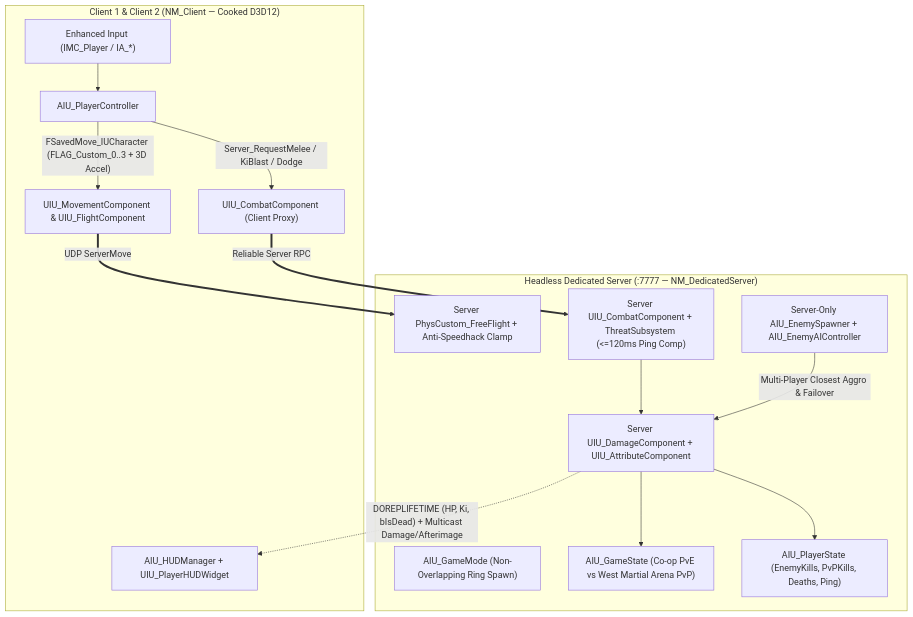
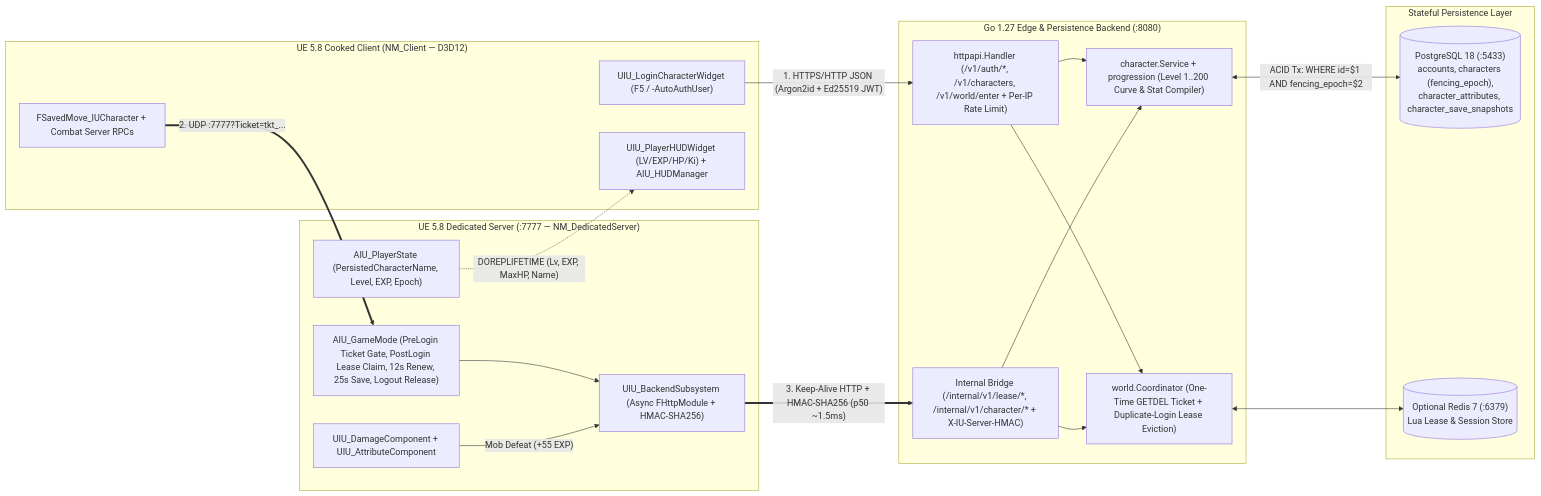
One commit to tranthaigiabao1708/MMORPGNRO changed the diagram in InfiniteUniverse/Documentation/Architecture.md. Above: the diagram before and after it, drawn with Mermaid. The commit also changed other lines of this file and 152 other files, not shown here.

Commit message:
feat(step3): Go Auth/Lease-Fenced Persistence, UE5 Backend Bridge & Level/EXP Progression (70/70 PASS)

````diff
--- a/InfiniteUniverse/Documentation/Architecture.md
+++ b/InfiniteUniverse/Documentation/Architecture.md
@@ -9,27 +12,38 @@
 ```mermaid
-flowchart TD
-    subgraph ClientA["Client 1 & Client 2 (NM_Client — Cooked D3D12)"]
-        Input["Enhanced Input (IMC_Player / IA_*)"] --> PC["AIU_PlayerController"]
-        PC -->|"FSavedMove_IUCharacter (FLAG_Custom_0..3 + 3D Accel)"| MovePred["UIU_MovementComponent & UIU_FlightComponent"]
-        PC -->|"Server_RequestMelee / KiBlast / Dodge"| CombatRPC["UIU_CombatComponent (Client Proxy)"]
-        HUD["AIU_HUDManager + UIU_PlayerHUDWidget"]
+flowchart LR
+    subgraph Client["UE 5.8 Cooked Client (NM_Client — D3D12)"]
+        AuthUI["UIU_LoginCharacterWidget (F5 / -AutoAuthUser)"]
+        GameHUD["UIU_PlayerHUDWidget (LV/EXP/HP/Ki) + AIU_HUDManager"]
+        PredMove["FSavedMove_IUCharacter + Combat Server RPCs"]
     end
 
-    subgraph DedServer["Headless Dedicated Server (:7777 — NM_DedicatedServer)"]
-        GM["AIU_GameMode (Non-Overlapping Ring Spawn)"]
-        GS["AIU_GameState (Co-op PvE vs West Martial Arena PvP)"]
-        PS["AIU_PlayerState (EnemyKills, PvPKills, Deaths, Ping)"]
-        AuthMove["Server PhysCustom_FreeFlight + Anti-Speedhack Clamp"]
-        AuthCombat["Server UIU_CombatComponent + ThreatSubsystem (<=120ms Ping Comp)"]
-        AuthDmg["Server UIU_DamageComponent + UIU_AttributeComponent"]
-        AI["Server-Only AIU_EnemySpawner + AIU_EnemyAIController"]
+    subgraph DedSrv["UE 5.8 Dedicated Server (:7777 — NM_DedicatedServer)"]
+        GM["AIU_GameMode (PreLogin Ticket Gate, PostLogin Lease Claim, 12s Renew, 25s Save, Logout Release)"]
+        PS["AIU_PlayerState (PersistedCharacterName, Level, EXP, Epoch)"]
+        Dmg["UIU_DamageComponent + UIU_AttributeComponent"]
+        Sub["UIU_BackendSubsystem (Async FHttpModule + HMAC-SHA256)"]
     end
 
-    MovePred ==>|"UDP ServerMove"| AuthMove
-    CombatRPC ==>|"Reliable Server RPC"| AuthCombat
-    AuthCombat --> AuthDmg
-    AuthDmg --> GS
-    AuthDmg --> PS
-    AI -->|"Multi-Player Closest Aggro & Failover"| AuthDmg
-    AuthDmg -.->|"DOREPLIFETIME (HP, Ki, bIsDead) + Multicast Damage/Afterimage"| HUD
+    subgraph GoBackend["Go 1.27 Edge & Persistence Backend (:8080)"]
+        Edge["httpapi.Handler (/v1/auth/*, /v1/characters, /v1/world/enter + Per-IP Rate Limit)"]
+        Bridge["Internal Bridge (/internal/v1/lease/*, /internal/v1/character/* + X-IU-Server-HMAC)"]
+        Coord["world.Coordinator (One-Time GETDEL Ticket + Duplicate-Login Lease Eviction)"]
+        CharSvc["character.Service + progression (Level 1..200 Curve & Stat Compiler)"]
+    end
+
+    subgraph Storage["Stateful Persistence Layer"]
+        PG[("PostgreSQL 18 (:5433)\naccounts, characters (fencing_epoch),\ncharacter_attributes, character_save_snapshots")]
+        Redis[("Optional Redis 7 (:6379)\nLua Lease & Session Store")]
+    end
+
+    AuthUI -->|"1. HTTPS/HTTP JSON (Argon2id + Ed25519 JWT)"| Edge
+    Edge --> Coord & CharSvc
+    PredMove ==>|"2. UDP :7777?Ticket=tkt_..."| GM
+    GM --> Sub
+    Dmg -->|"Mob Defeat (+55 EXP)"| Sub
+    Sub ==>|"3. Keep-Alive HTTP + HMAC-SHA256 (p50 ~1.5ms)"| Bridge
+    Bridge --> Coord & CharSvc
+    Coord <--> Redis
+    CharSvc <-->|"ACID Tx: WHERE id=$1 AND fencing_epoch=$2"| PG
+    PS -.->|"DOREPLIFETIME (Lv, EXP, MaxHP, Name)"| GameHUD
 ```
````
